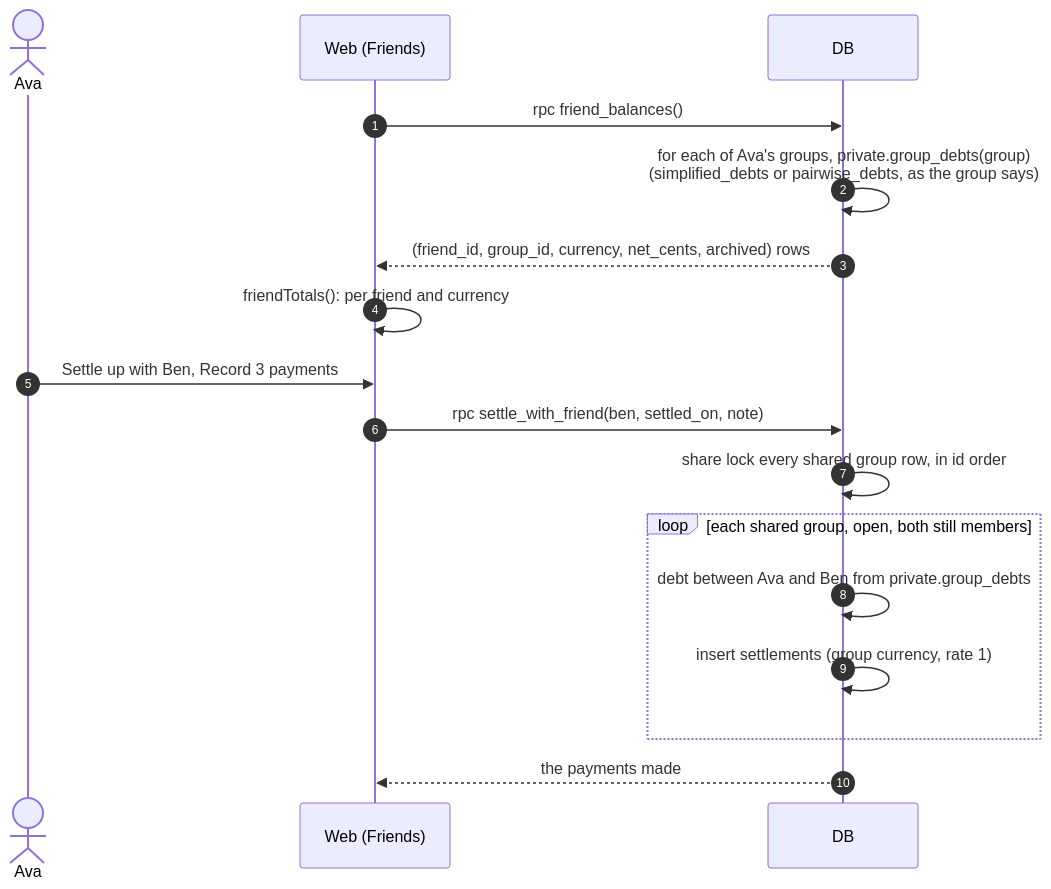
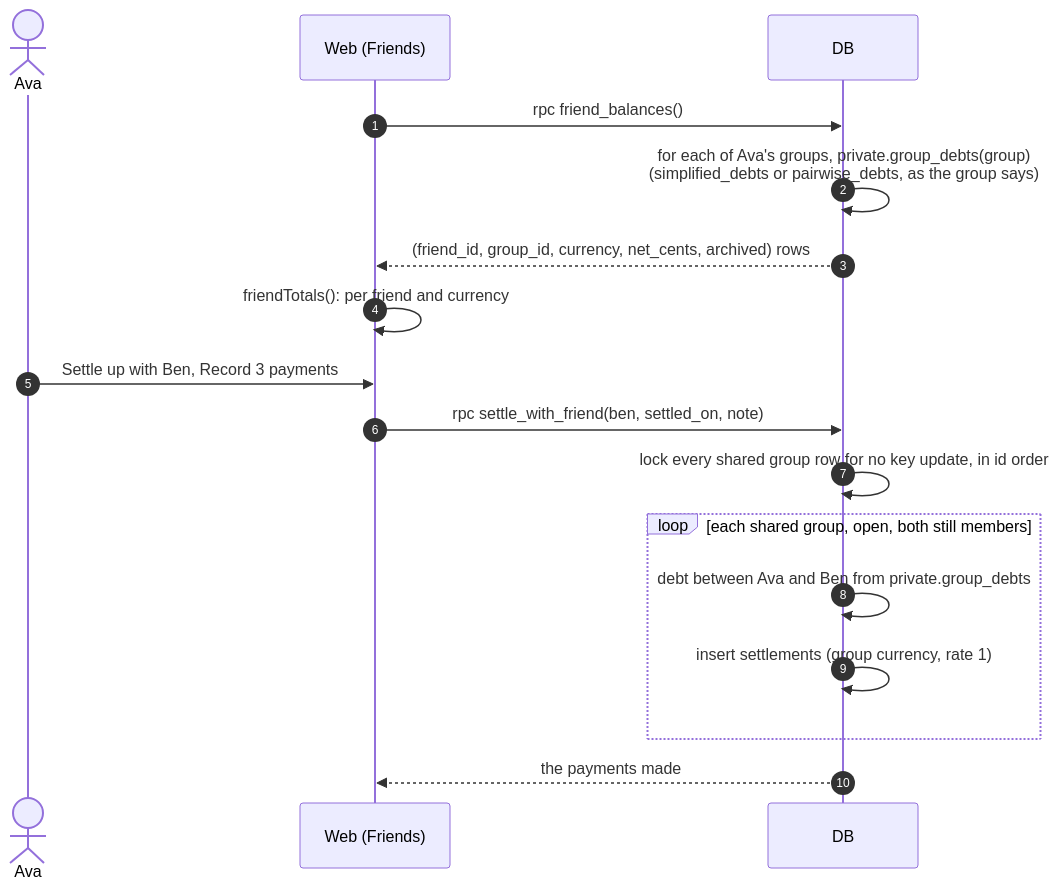
Before and after one commit to Fermulate/potluck: the sixth of 18 diagrams in docs/sequences.md, drawn with Mermaid. The commit also changed other lines of this file and 27 other files, not shown here.

````diff
--- a/docs/sequences.md
+++ b/docs/sequences.md
@@ -229,20 +229,20 @@
 ```mermaid
 sequenceDiagram
   autonumber
   actor A as Ava
   participant W as Web (Friends)
   participant DB as DB
 
   W->>DB: rpc friend_balances()
   DB->>DB: for each of Ava's groups, private.group_debts(group)<br/>(simplified_debts or pairwise_debts, as the group says)
   DB-->>W: (friend_id, group_id, currency, net_cents, archived) rows
   W->>W: friendTotals(): per friend and currency
   A->>W: Settle up with Ben, Record 3 payments
   W->>DB: rpc settle_with_friend(ben, settled_on, note)
-  DB->>DB: share lock every shared group row, in id order
+  DB->>DB: lock every shared group row for no key update, in id order
   loop each shared group, open, both still members
     DB->>DB: debt between Ava and Ben from private.group_debts
     DB->>DB: insert settlements (group currency, rate 1)
   end
   DB-->>W: the payments made
 ```
````
